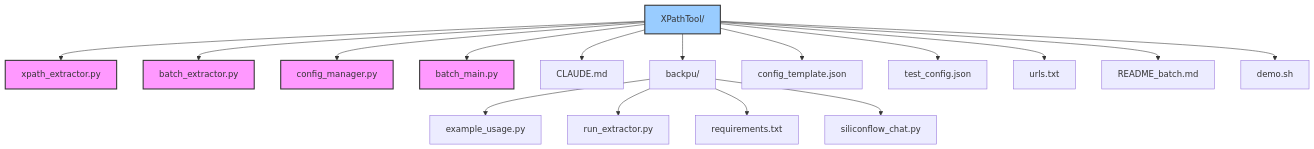
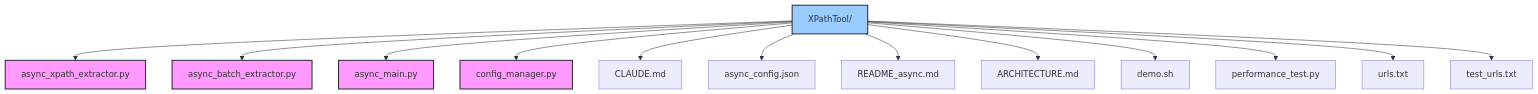
Before and after one commit to manba024/XPathTool: the seventh of 7 diagrams in ARCHITECTURE.md, drawn with Mermaid. The commit also changed other lines of this file and 28 other files, not shown here.

````diff
--- a/ARCHITECTURE.md
+++ b/ARCHITECTURE.md
@@ -233,25 +252,21 @@
 ```mermaid
 graph TD
-    A[XPathTool/] --> B[xpath_extractor.py]
-    A --> C[batch_extractor.py]
-    A --> D[config_manager.py]
-    A --> E[batch_main.py]
+    A[XPathTool/] --> B[async_xpath_extractor.py]
+    A --> C[async_batch_extractor.py]
+    A --> D[async_main.py]
+    A --> E[config_manager.py]
     A --> F[CLAUDE.md]
-    A --> G[backpu/]
-    A --> H[config_template.json]
-    A --> I[test_config.json]
-    A --> J[urls.txt]
-    A --> K[README_batch.md]
-    A --> L[demo.sh]
-    
-    G --> G1[example_usage.py]
-    G --> G2[run_extractor.py]
-    G --> G3[requirements.txt]
-    G --> G4[siliconflow_chat.py]
+    A --> G[async_config.json]
+    A --> H[README_async.md]
+    A --> I[ARCHITECTURE.md]
+    A --> J[demo.sh]
+    A --> K[performance_test.py]
+    A --> L[urls.txt]
+    A --> M[test_urls.txt]
     
     style A fill:#9cf,stroke:#333,stroke-width:2px
     style B fill:#f9f,stroke:#333,stroke-width:2px
     style C fill:#f9f,stroke:#333,stroke-width:2px
     style D fill:#f9f,stroke:#333,stroke-width:2px
     style E fill:#f9f,stroke:#333,stroke-width:2px
 ```
````
